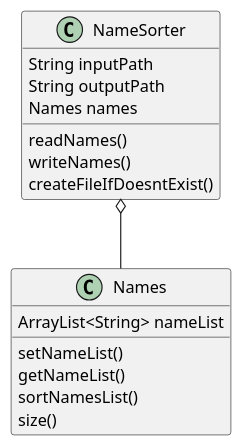
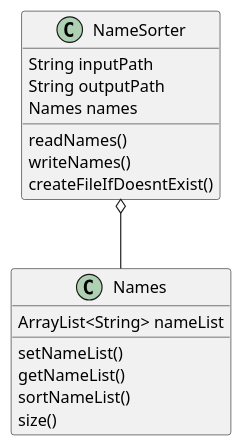
Before and after one commit to vuolo/vuolo-cop3330-assignment3: the diagram in src/main/resources/diagrams/ex41.puml, drawn with PlantUML. The commit also changed 5 other files, not shown here.

```diff
--- a/src/main/resources/diagrams/ex41.puml
+++ b/src/main/resources/diagrams/ex41.puml
@@ -1,24 +1,24 @@
 @startuml
 
 class NameSorter {
     String inputPath
     String outputPath
     Names names
 
     readNames()
     writeNames()
     createFileIfDoesntExist()
 }
 
 class Names {
     ArrayList<String> nameList
 
     setNameList()
     getNameList()
-    sortNamesList()
+    sortNameList()
     size()
 }
 
 NameSorter o-- Names
 
 @enduml
```
